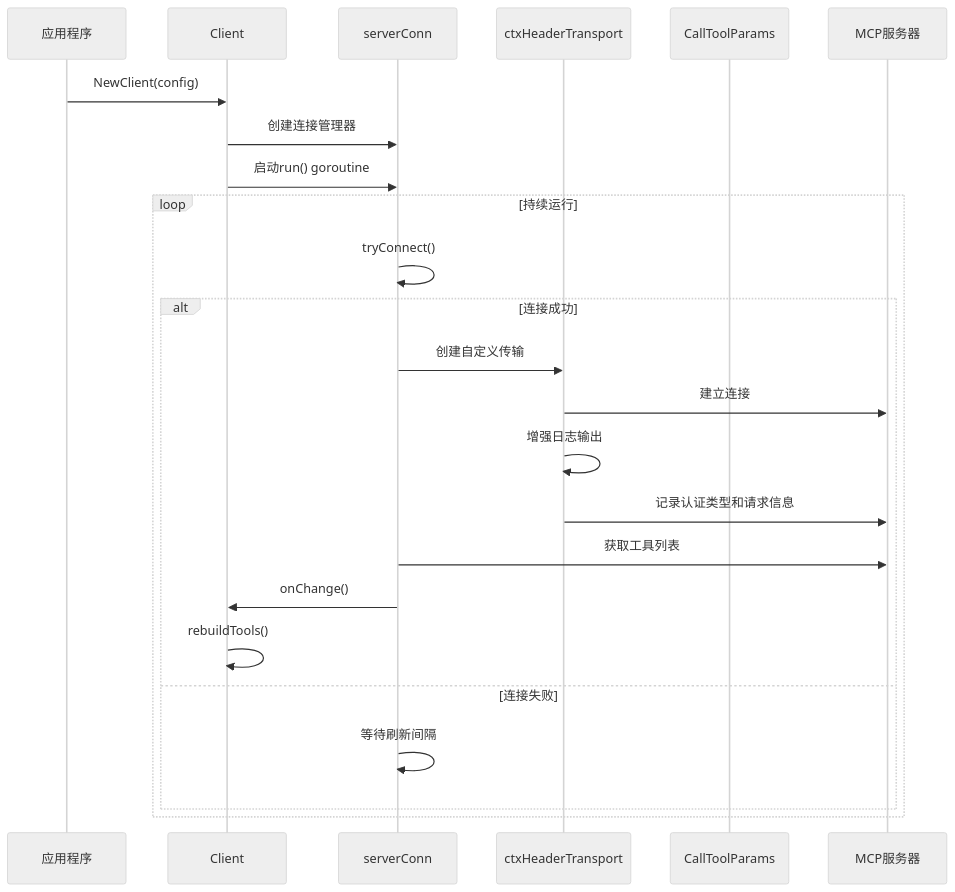
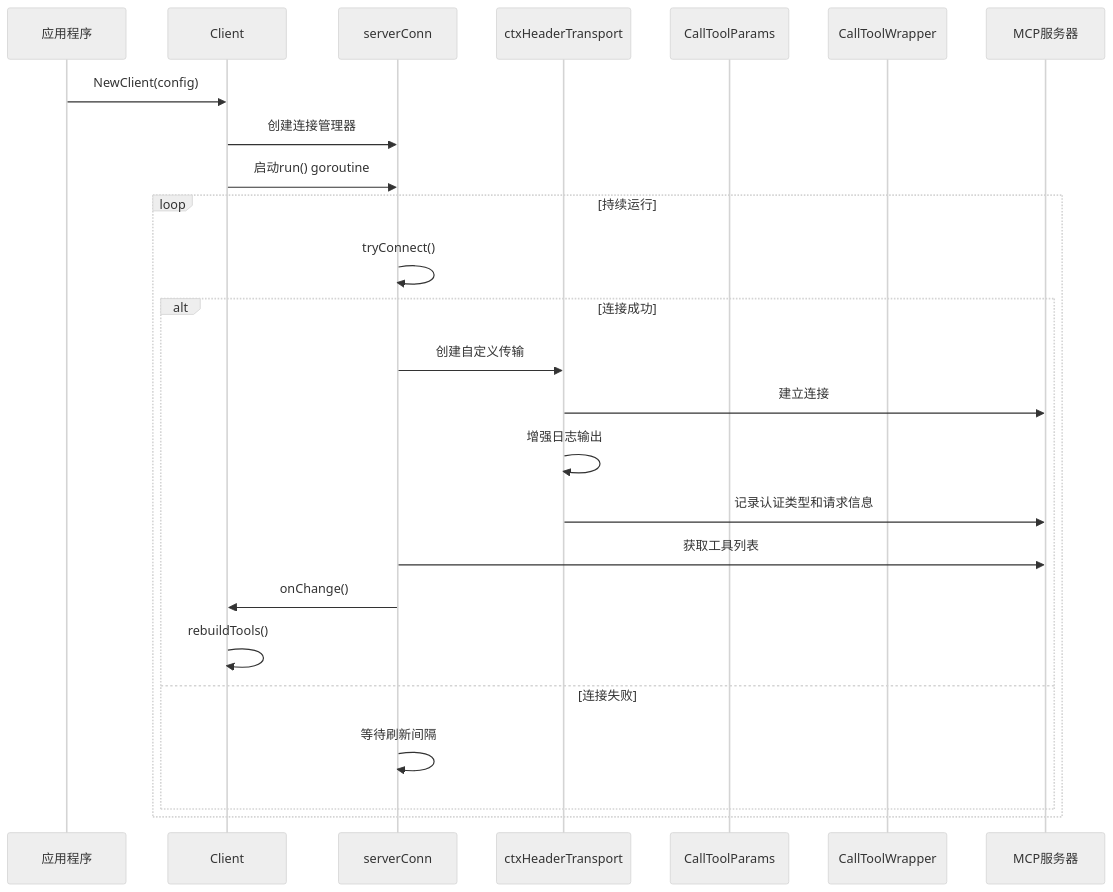
The fourth of 25 diagrams in .qoder/repowiki/zh/content/核心服务详解/Mcpx客户端包.md (maomao94/zero-service), drawn with Mermaid (neutral theme) before and after one commit. The commit also changed other lines of this file and 42 other files, not shown here.

````diff
--- a/.qoder/repowiki/zh/content/核心服务详解/Mcpx客户端包.md
+++ b/.qoder/repowiki/zh/content/核心服务详解/Mcpx客户端包.md
@@ -313,26 +351,27 @@
 ```mermaid
 sequenceDiagram
 participant App as 应用程序
 participant Client as Client
 participant Conn as serverConn
 participant Transport as ctxHeaderTransport
 participant Params as CallToolParams
+participant Wrapper as CallToolWrapper
 participant MCP as MCP服务器
 App->>Client : NewClient(config)
 Client->>Conn : 创建连接管理器
 Client->>Conn : 启动run() goroutine
 loop 持续运行
 Conn->>Conn : tryConnect()
 alt 连接成功
 Conn->>Transport : 创建自定义传输
 Transport->>MCP : 建立连接
 Transport->>Transport : 增强日志输出
 Transport->>MCP : 记录认证类型和请求信息
 Conn->>MCP : 获取工具列表
 Conn->>Client : onChange()
 Client->>Client : rebuildTools()
 else 连接失败
 Conn->>Conn : 等待刷新间隔
 end
 end
 ```
````
